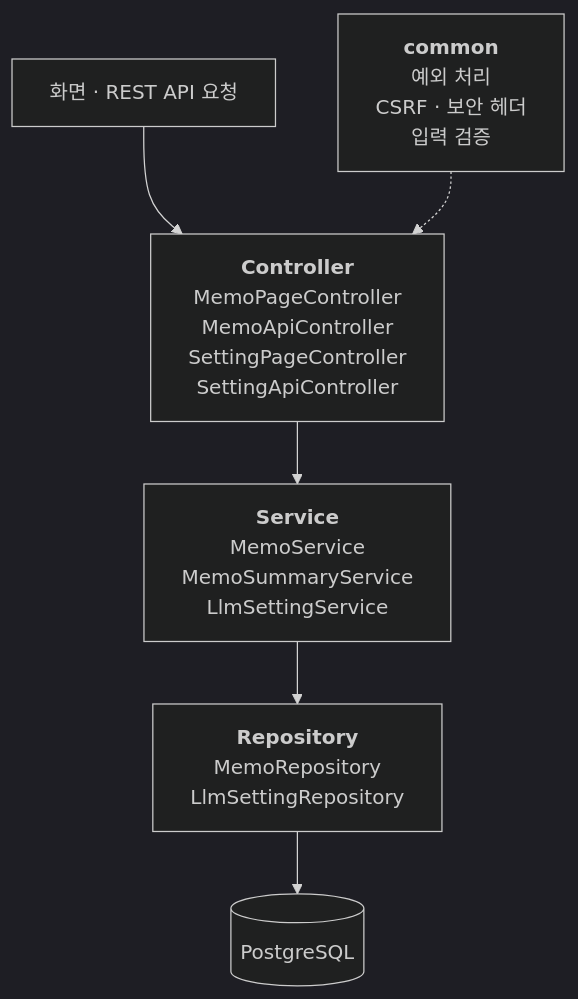
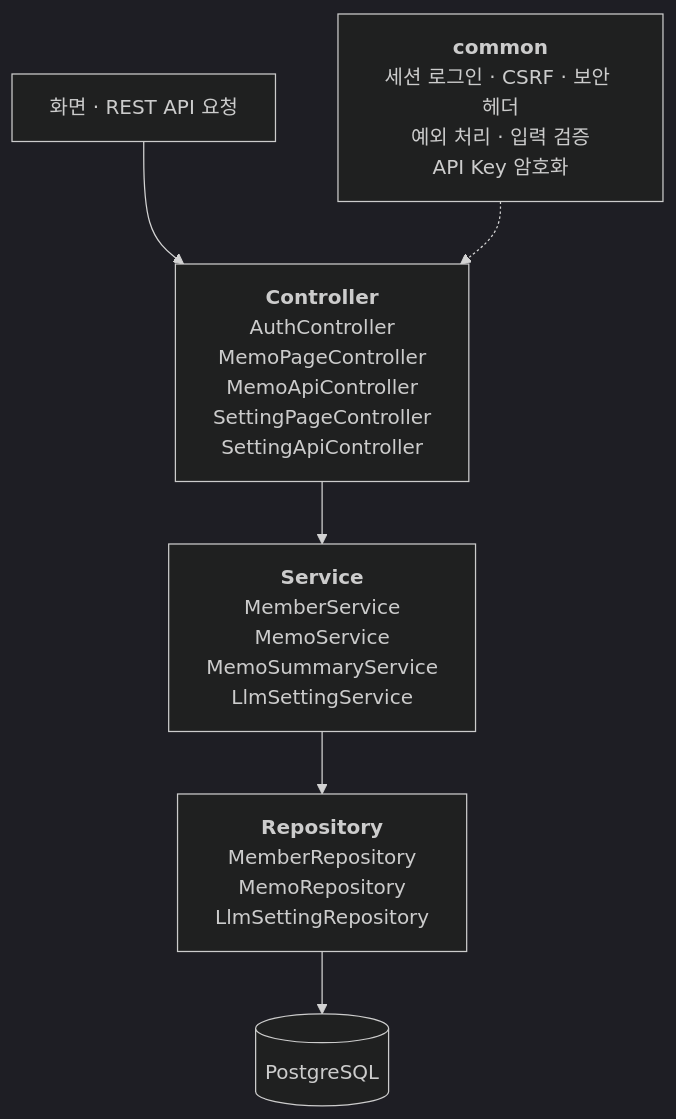
The first of 4 diagrams in README.md (Hasegos/coding-test-project), drawn with Mermaid (dark theme) before and after one commit. The commit also changed other lines of this file, not shown here.

````diff
--- a/README.md
+++ b/README.md
@@ -138,12 +164,12 @@
 ```mermaid
 flowchart TB
     P["화면 · REST API 요청"]
-    C["<b>Controller</b><br/>MemoPageController<br/>MemoApiController<br/>SettingPageController<br/>SettingApiController"]
-    S["<b>Service</b><br/>MemoService<br/>MemoSummaryService<br/>LlmSettingService"]
-    R["<b>Repository</b><br/>MemoRepository<br/>LlmSettingRepository"]
+    C["<b>Controller</b><br/>AuthController<br/>MemoPageController<br/>MemoApiController<br/>SettingPageController<br/>SettingApiController"]
+    S["<b>Service</b><br/>MemberService<br/>MemoService<br/>MemoSummaryService<br/>LlmSettingService"]
+    R["<b>Repository</b><br/>MemberRepository<br/>MemoRepository<br/>LlmSettingRepository"]
     DB[("PostgreSQL")]
-    X["<b>common</b><br/>예외 처리<br/>CSRF · 보안 헤더<br/>입력 검증"]
+    X["<b>common</b><br/>세션 로그인 · CSRF · 보안 헤더<br/>예외 처리 · 입력 검증<br/>API Key 암호화"]
 
     P --> C --> S --> R --> DB
     X -.-> C
 ```
````
